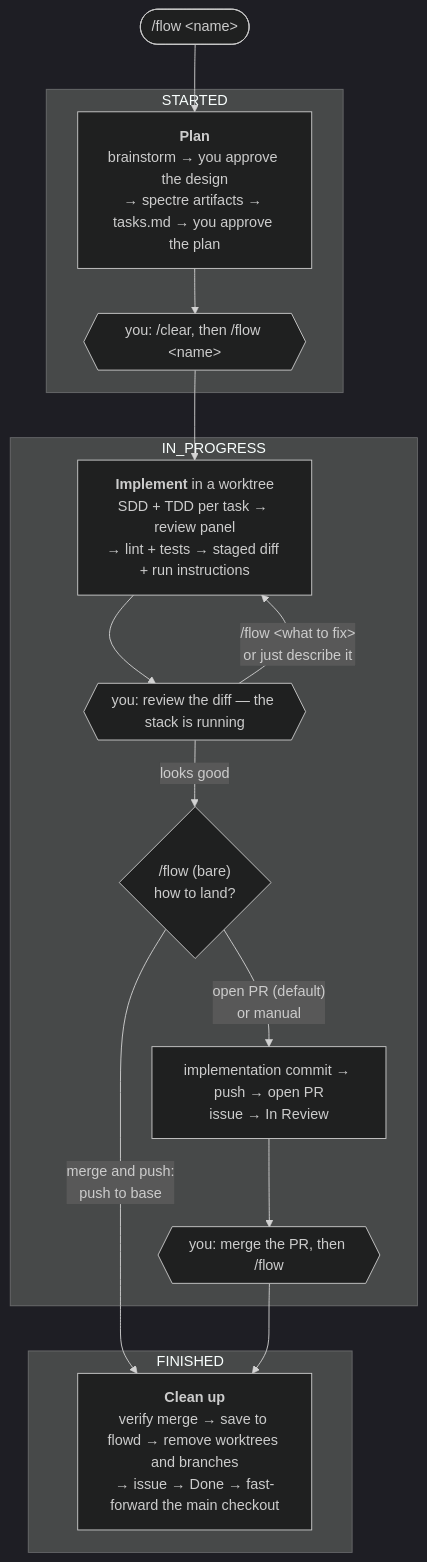
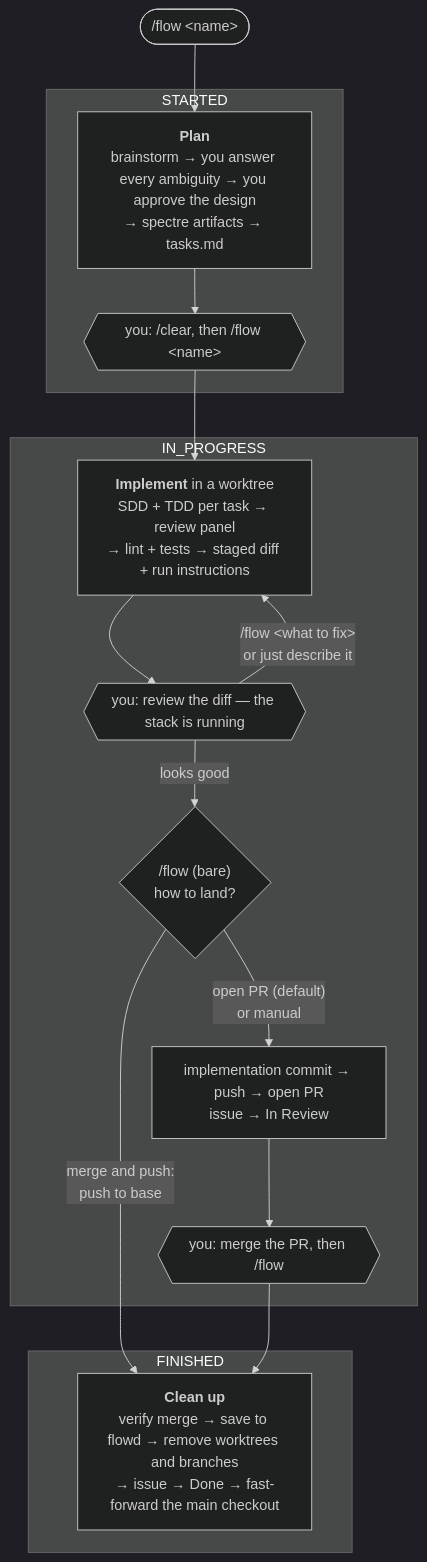
The second of 2 diagrams in README.md (tweety53/agents), drawn with Mermaid (dark theme) before and after one commit. The commit also changed 3 other files, not shown here.

````diff
--- a/README.md
+++ b/README.md
@@ -101,32 +101,32 @@
 ```mermaid
 flowchart TD
     kick(["/flow #lt;name#gt;"]) --> plan
 
     subgraph S1 ["STARTED"]
-        plan["<b>Plan</b><br/>brainstorm → you approve the design<br/>→ spectre artifacts → tasks.md → you approve the plan"]
+        plan["<b>Plan</b><br/>brainstorm → you answer every ambiguity → you approve the design<br/>→ spectre artifacts → tasks.md"]
         g1{{"you: /clear, then /flow #lt;name#gt;"}}
         plan --> g1
     end
 
     g1 --> impl
 
     subgraph S2 ["IN_PROGRESS"]
         impl["<b>Implement</b> in a worktree<br/>SDD + TDD per task → review panel<br/>→ lint + tests → staged diff + run instructions"]
         g2{{"you: review the diff — the stack is running"}}
         land{"/flow (bare)<br/>how to land?"}
         pr["implementation commit → push → open PR<br/>issue → In Review"]
         g3{{"you: merge the PR, then /flow"}}
         impl --> g2
         g2 -- "/flow #lt;what to fix#gt;<br/>or just describe it" --> impl
         g2 -- "looks good" --> land
         land -- "open PR (default)<br/>or manual" --> pr
         pr --> g3
     end
 
     subgraph S3 ["FINISHED"]
         cleanup["<b>Clean up</b><br/>verify merge → save to flowd → remove worktrees and branches<br/>→ issue → Done → fast-forward the main checkout"]
     end
 
     land -- "merge and push:<br/>push to base" --> cleanup
     g3 --> cleanup
 ```
````
